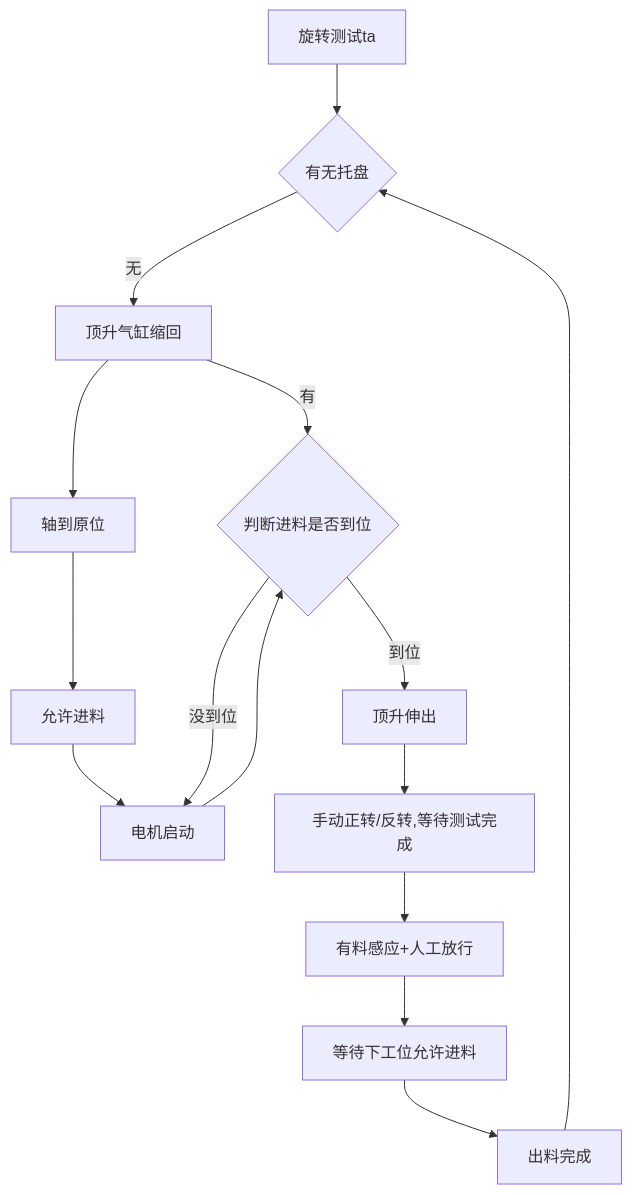
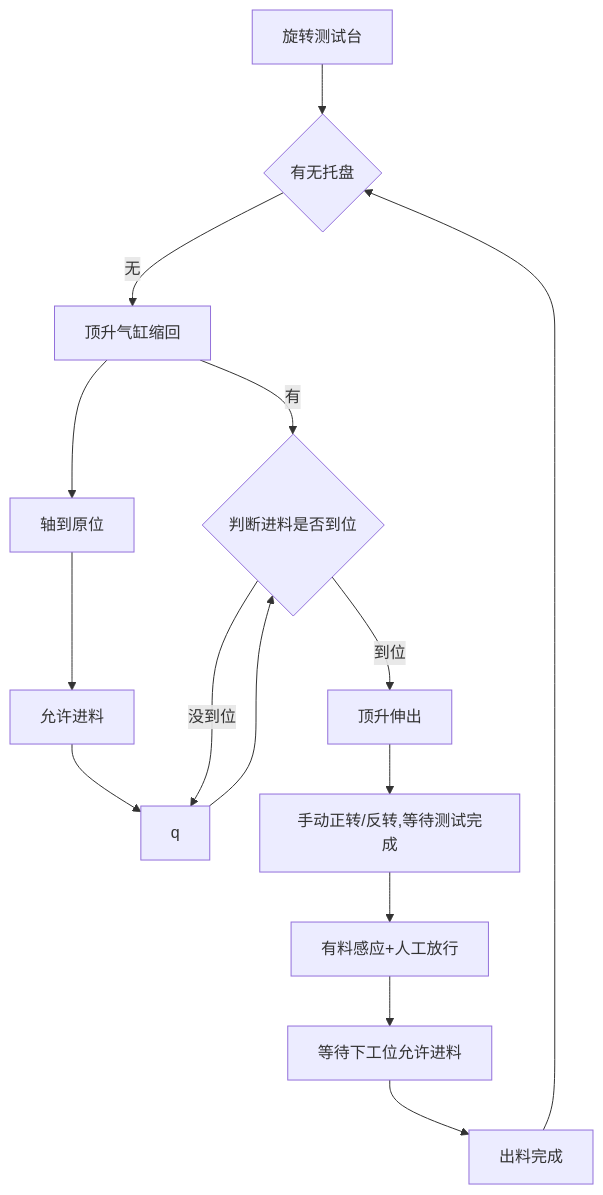
Before and after one commit to PengKun1/iodraw-files: the diagram in all/旋转测试台.md, drawn with Mermaid.

Commit message:
2024-12-23 16:29:56 update

````diff
--- a/all/旋转测试台.md
+++ b/all/旋转测试台.md
@@ -1,17 +1,17 @@
 ```mermaid
 graph TD
-0[旋转测试ta]-->10
+0[旋转测试台]-->10
 10{有无托盘}-->|无|20
 20-->|有|50
 20[顶升气缸缩回]-->30
 30[轴到原位]-->40
 40[允许进料]-->45
-45[电机启动]-->50
+45[q]-->50
 50{判断进料是否到位}-->|到位|60 
 50-->|没到位|45
 60[顶升伸出]-->70
 70[手动正转/反转,等待测试完成]-->80
 80[有料感应+人工放行]-->90
 90[等待下工位允许进料]-->100
 100[出料完成]-->10
 ```
````
